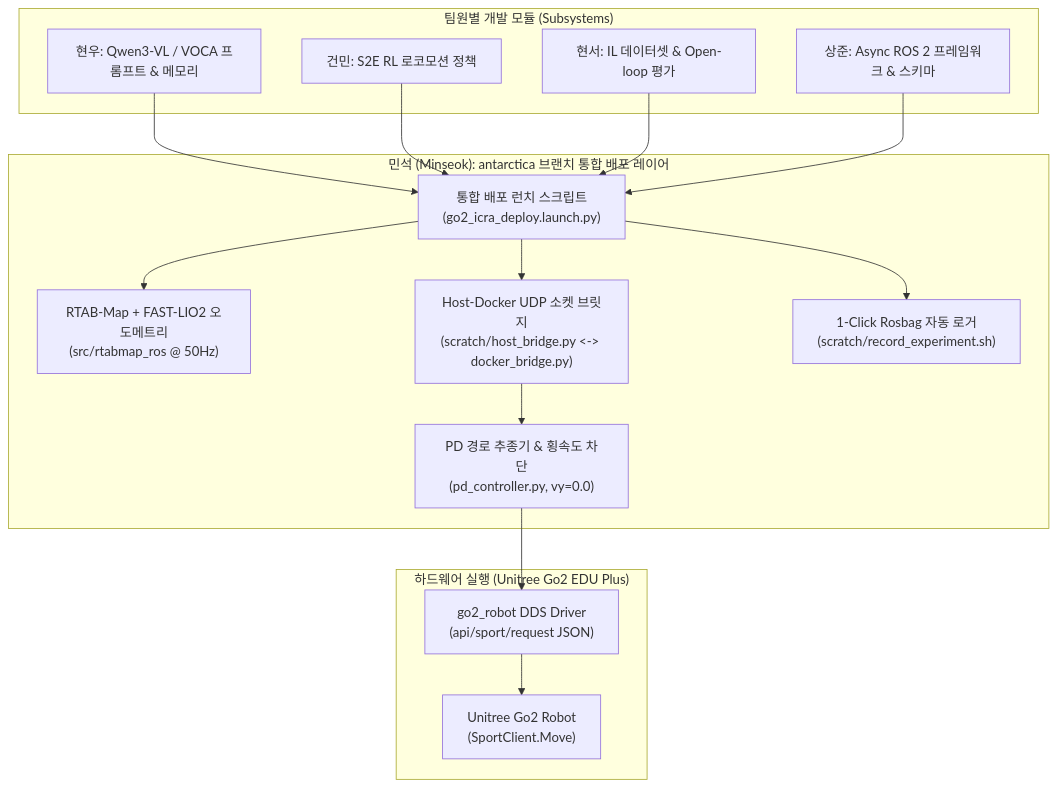
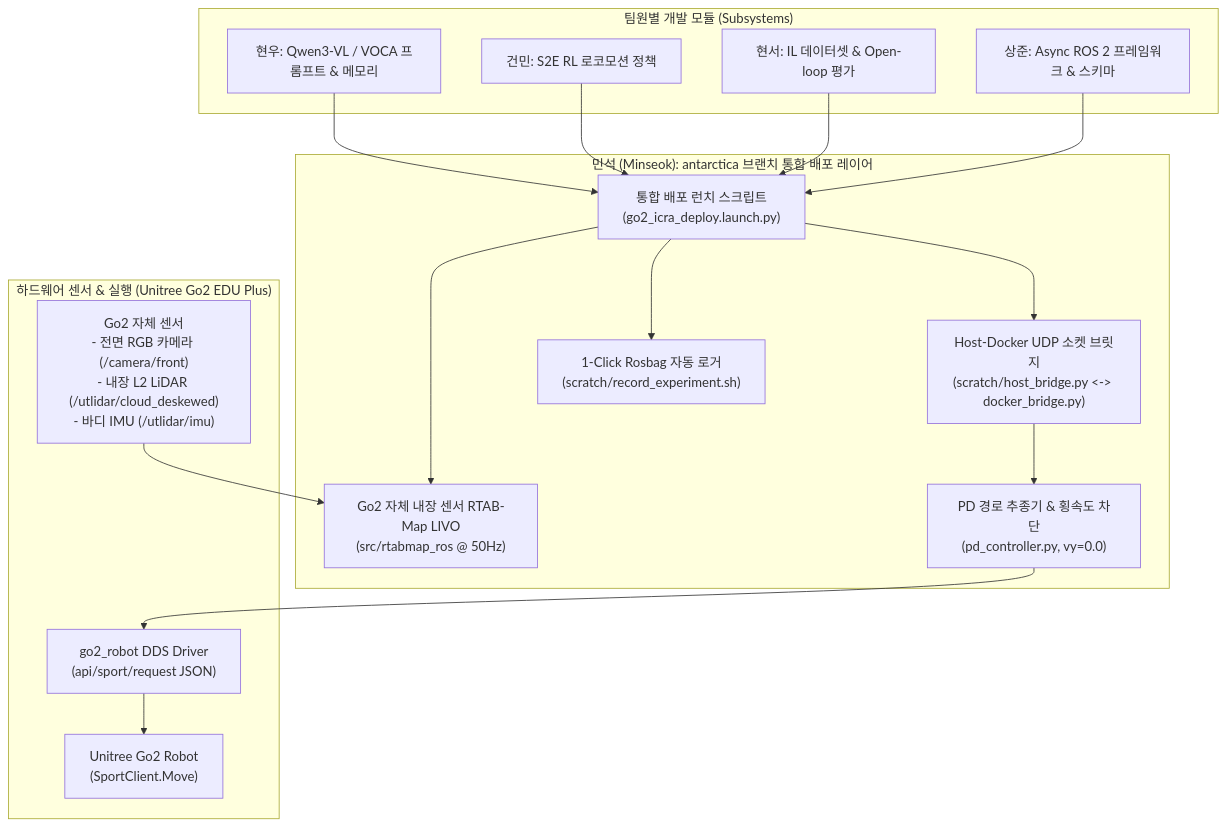
The diagram in README.md (CGV-HGU/go2_ws), drawn with Mermaid before and after one commit. The commit also changed other lines of this file and 1 other file, not shown here.

Commit message:
refactor: simplify RTAB-Map launch to use Go2 built-in RGB camera + L2 LiDAR + IMU

````diff
--- a/README.md
+++ b/README.md
@@ -11,35 +11,37 @@
 ```mermaid
 graph TD
     subgraph "팀원별 개발 모듈 (Subsystems)"
         HW[현우: Qwen3-VL / VOCA 프롬프트 & 메모리]
         GM[건민: S2E RL 로코모션 정책]
         HS[현서: IL 데이터셋 & Open-loop 평가]
         SJ[상준: Async ROS 2 프레임워크 & 스키마]
     end
 
     subgraph "민석 (Minseok): antarctica 브랜치 통합 배포 레이어"
         DEPLOY["통합 배포 런치 스크립트<br/>(go2_icra_deploy.launch.py)"]
-        RTAB["RTAB-Map + FAST-LIO2 오도메트리<br/>(src/rtabmap_ros @ 50Hz)"]
+        RTAB["Go2 자체 내장 센서 RTAB-Map LIVO<br/>(src/rtabmap_ros @ 50Hz)"]
         BRIDGE["Host-Docker UDP 소켓 브릿지<br/>(scratch/host_bridge.py <-> docker_bridge.py)"]
         CTRL["PD 경로 추종기 & 횡속도 차단<br/>(pd_controller.py, vy=0.0)"]
         LOG["1-Click Rosbag 자동 로거<br/>(scratch/record_experiment.sh)"]
     end
 
-    subgraph "하드웨어 실행 (Unitree Go2 EDU Plus)"
+    subgraph "하드웨어 센서 & 실행 (Unitree Go2 EDU Plus)"
+        SENSORS["Go2 자체 센서<br/>- 전면 RGB 카메라 (/camera/front)<br/>- 내장 L2 LiDAR (/utlidar/cloud_deskewed)<br/>- 바디 IMU (/utlidar/imu)"]
         DDS["go2_robot DDS Driver<br/>(api/sport/request JSON)"]
         GO2["Unitree Go2 Robot<br/>(SportClient.Move)"]
     end
 
     HW --> DEPLOY
     GM --> DEPLOY
     HS --> DEPLOY
     SJ --> DEPLOY
 
+    SENSORS --> RTAB
     DEPLOY --> RTAB
     DEPLOY --> BRIDGE
     BRIDGE --> CTRL
     CTRL --> DDS
     DDS --> GO2
 
     DEPLOY --> LOG
 ```
````
